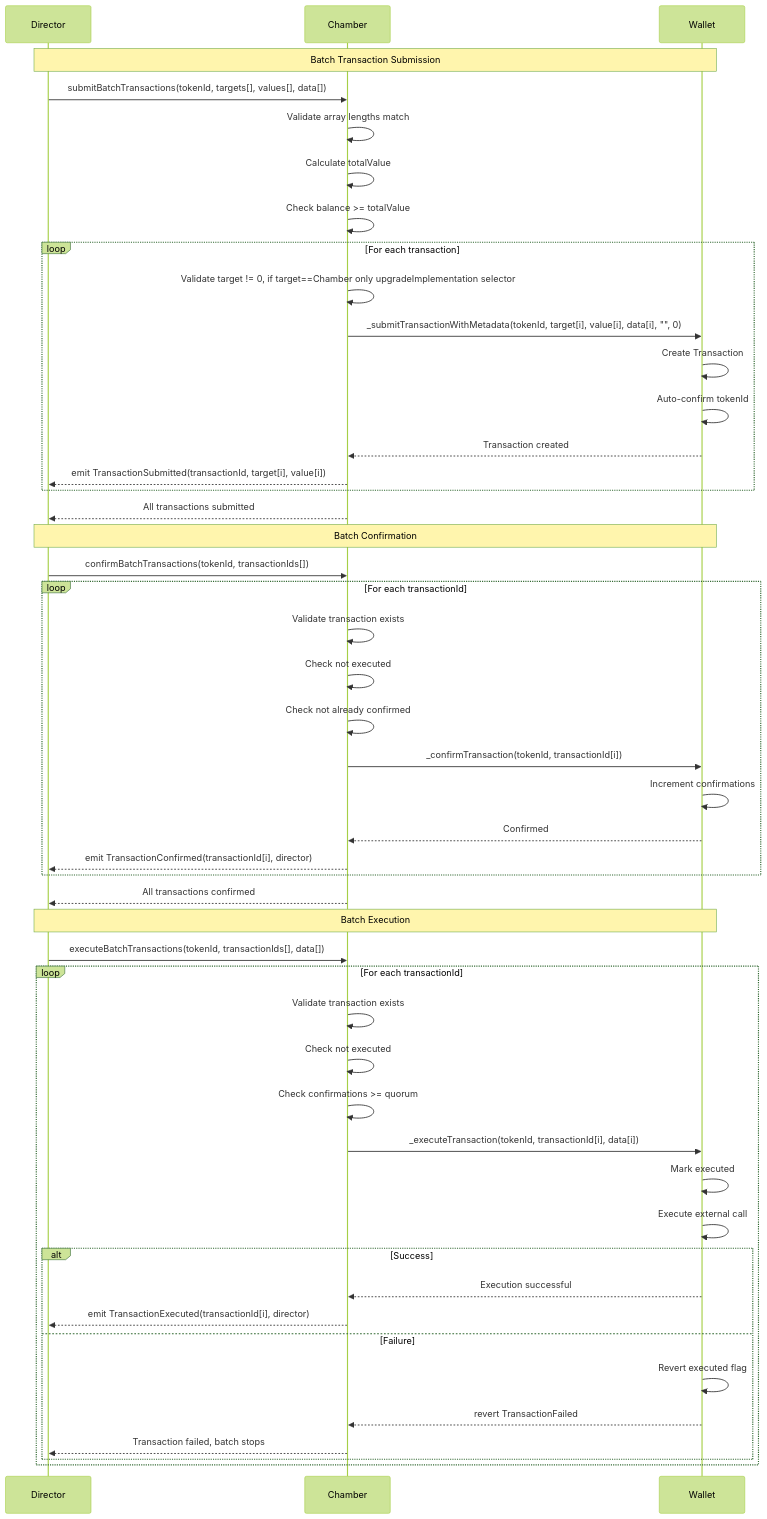
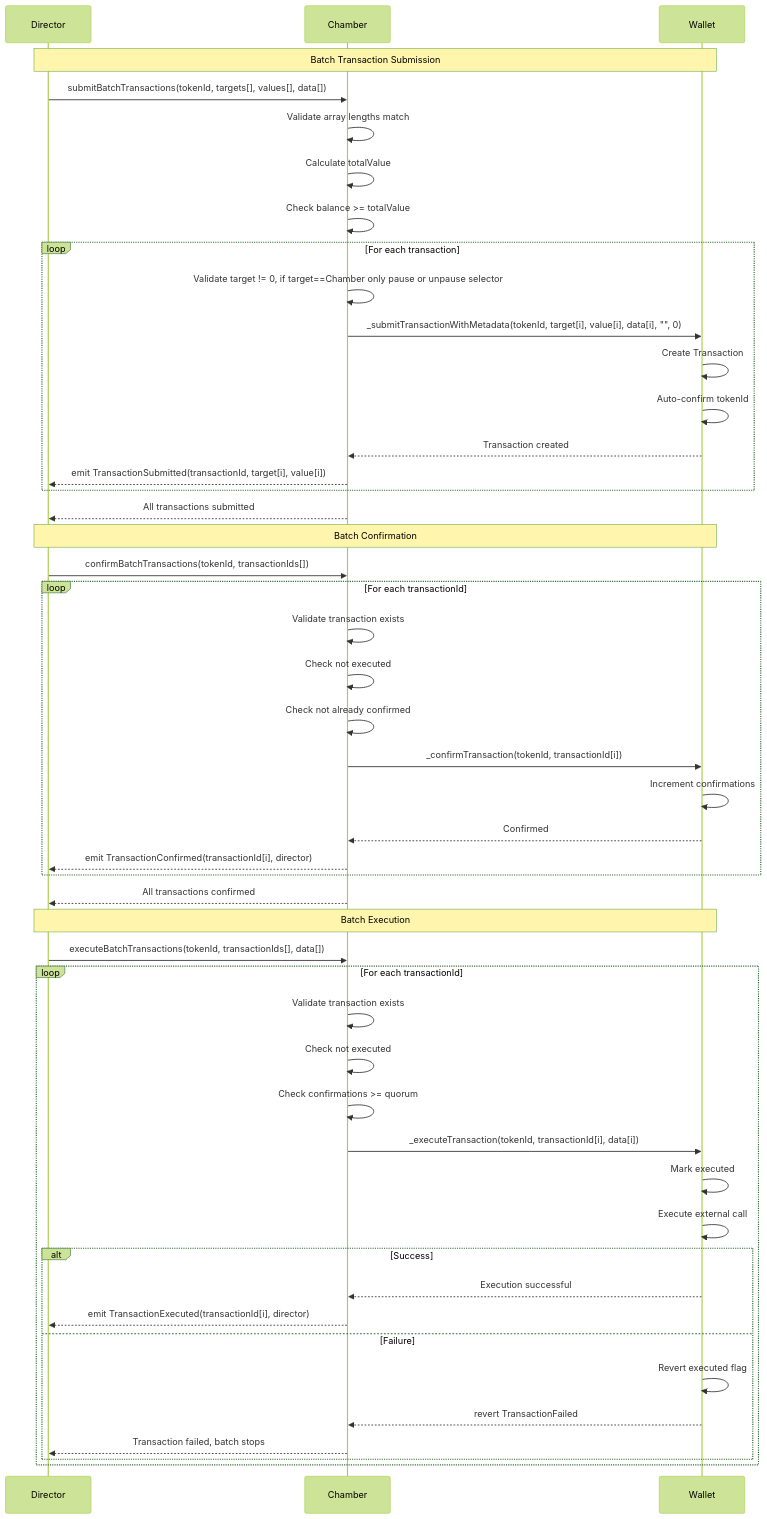
The tenth of 11 diagrams in app/src/docs/reference/sequence-diagrams.md (loreum-org/chamber), drawn with Mermaid (forest theme) before and after one commit. The commit also changed 11 other files, not shown here.

````diff
--- a/app/src/docs/reference/sequence-diagrams.md
+++ b/app/src/docs/reference/sequence-diagrams.md
@@ -569,64 +569,64 @@
 ```mermaid
 sequenceDiagram
     participant Director
     participant Chamber
     participant Wallet
 
     Note over Director,Wallet: Batch Transaction Submission
 
     Director->>Chamber: submitBatchTransactions(tokenId, targets[], values[], data[])
     
     Chamber->>Chamber: Validate array lengths match
     Chamber->>Chamber: Calculate totalValue
     Chamber->>Chamber: Check balance >= totalValue
     
     loop For each transaction
-        Chamber->>Chamber: Validate target != 0, if target==Chamber only upgradeImplementation selector
+        Chamber->>Chamber: Validate target != 0, if target==Chamber only pause or unpause selector
         Chamber->>Wallet: _submitTransactionWithMetadata(tokenId, target[i], value[i], data[i], "", 0)
         Wallet->>Wallet: Create Transaction
         Wallet->>Wallet: Auto-confirm tokenId
         Wallet-->>Chamber: Transaction created
         Chamber-->>Director: emit TransactionSubmitted(transactionId, target[i], value[i])
     end
     
     Chamber-->>Director: All transactions submitted
 
     Note over Director,Wallet: Batch Confirmation
 
     Director->>Chamber: confirmBatchTransactions(tokenId, transactionIds[])
     
     loop For each transactionId
         Chamber->>Chamber: Validate transaction exists
         Chamber->>Chamber: Check not executed
         Chamber->>Chamber: Check not already confirmed
         Chamber->>Wallet: _confirmTransaction(tokenId, transactionId[i])
         Wallet->>Wallet: Increment confirmations
         Wallet-->>Chamber: Confirmed
         Chamber-->>Director: emit TransactionConfirmed(transactionId[i], director)
     end
     
     Chamber-->>Director: All transactions confirmed
 
     Note over Director,Wallet: Batch Execution
 
     Director->>Chamber: executeBatchTransactions(tokenId, transactionIds[], data[])
 
     loop For each transactionId
         Chamber->>Chamber: Validate transaction exists
         Chamber->>Chamber: Check not executed
         Chamber->>Chamber: Check confirmations >= quorum
 
         Chamber->>Wallet: _executeTransaction(tokenId, transactionId[i], data[i])
         Wallet->>Wallet: Mark executed
         Wallet->>Wallet: Execute external call
         
         alt Success
             Wallet-->>Chamber: Execution successful
             Chamber-->>Director: emit TransactionExecuted(transactionId[i], director)
         else Failure
             Wallet->>Wallet: Revert executed flag
             Wallet-->>Chamber: revert TransactionFailed
             Chamber-->>Director: Transaction failed, batch stops
         end
     end
 ```
````
